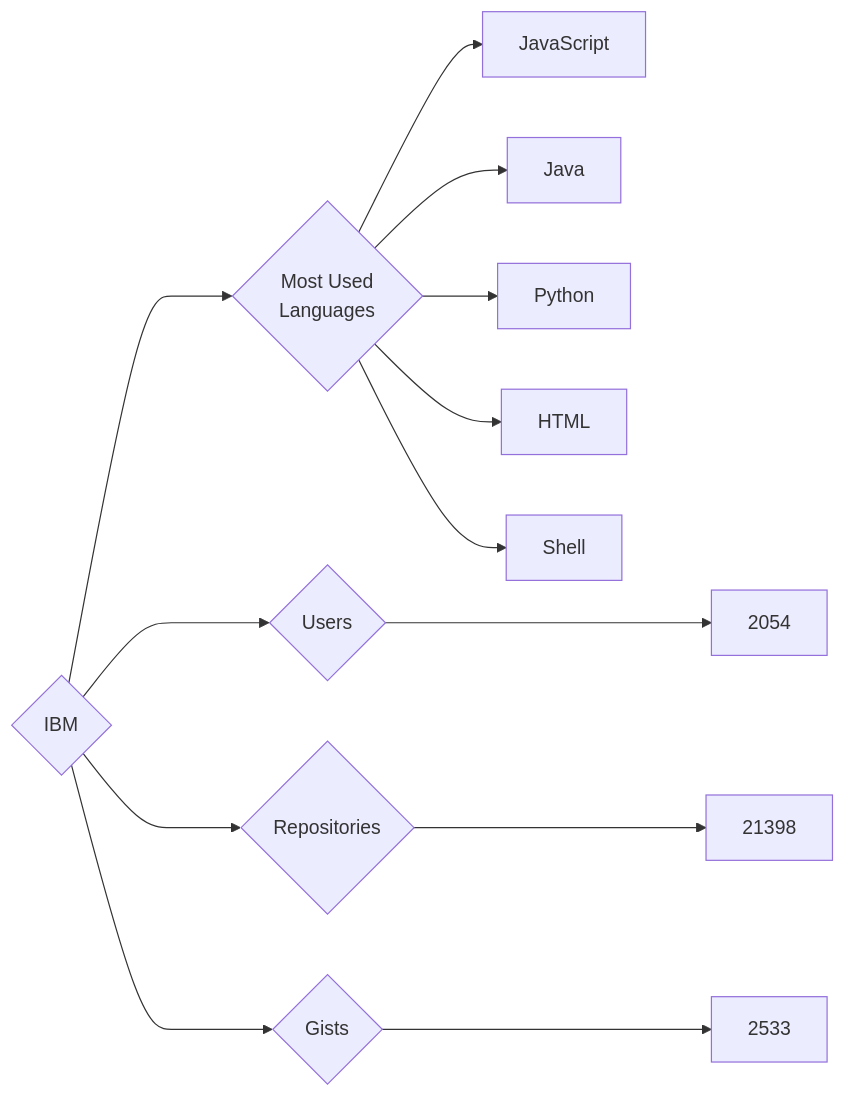
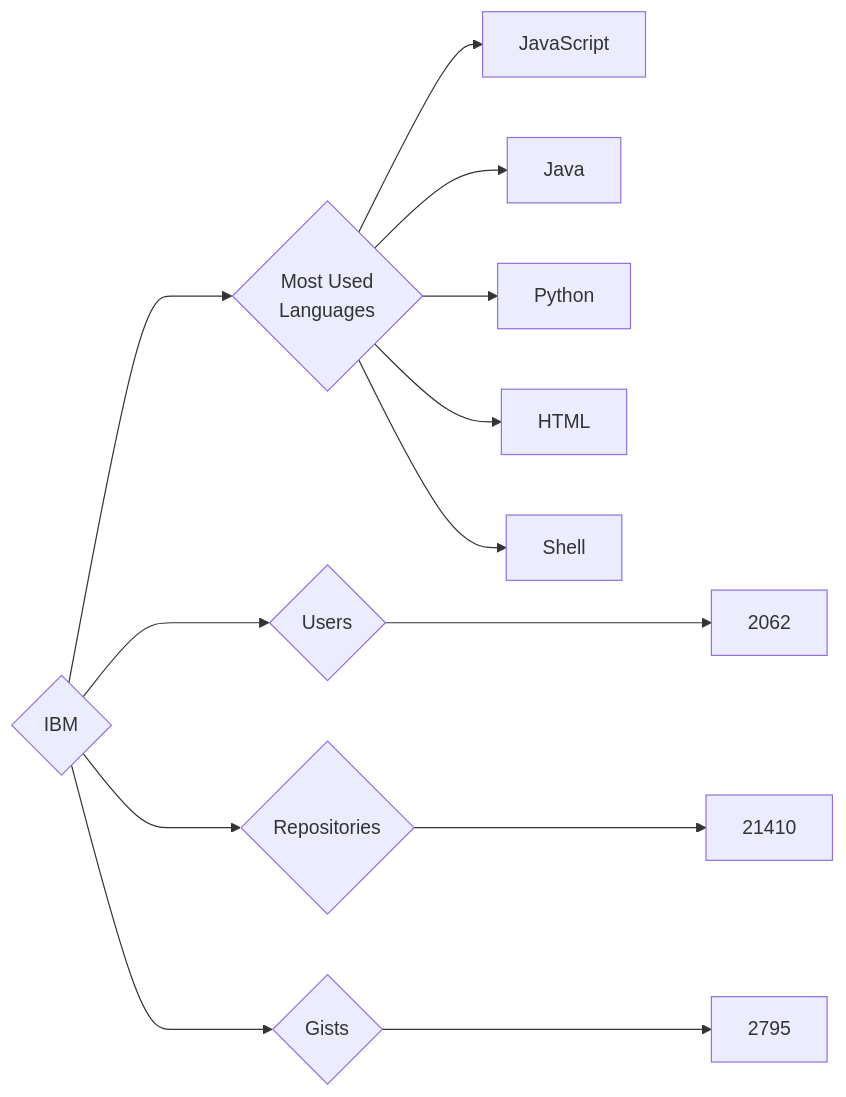
One commit to trickest/insiders changed the diagram in targets/IBM/README.md. Above: the diagram before and after it, drawn with Mermaid. The commit also changed 914 other files, not shown here.

````diff
--- a/targets/IBM/README.md
+++ b/targets/IBM/README.md
@@ -3,13 +3,13 @@
 ```mermaid
 graph LR
 COMPANY_NAME{IBM}
-COMPANY_NAME ---> U{Users} ---> UN[2054]
-COMPANY_NAME ---> R{Repositories} ---> RN[21398]
-COMPANY_NAME ---> G{Gists} ---> GN[2533]
+COMPANY_NAME ---> U{Users} ---> UN[2062]
+COMPANY_NAME ---> R{Repositories} ---> RN[21410]
+COMPANY_NAME ---> G{Gists} ---> GN[2795]
 COMPANY_NAME ---> ML{Most Used<br>Languages}
 ML --> JavaScript[JavaScript]
 ML --> Java[Java]
 ML --> Python[Python]
 ML --> HTML[HTML]
 ML --> Shell[Shell]
 ```
````
